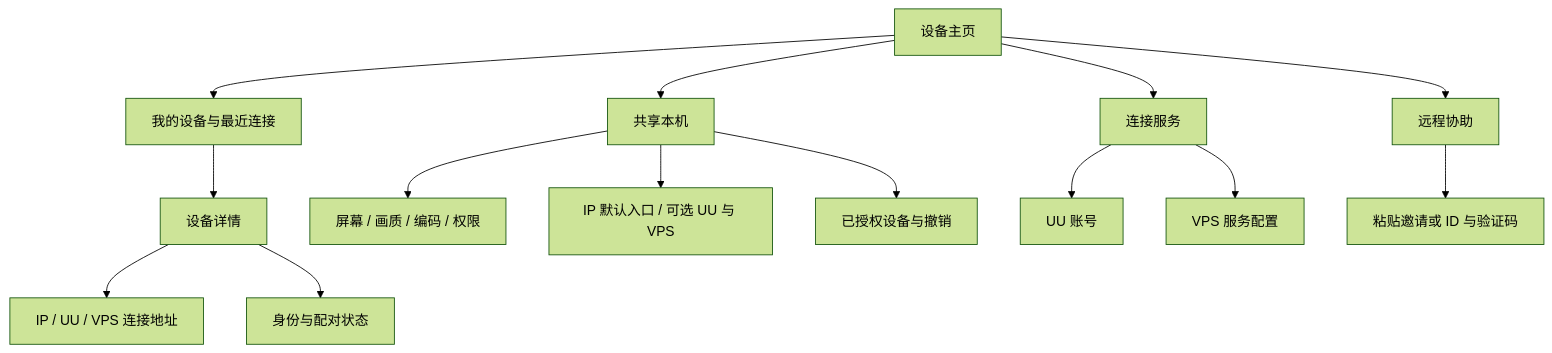
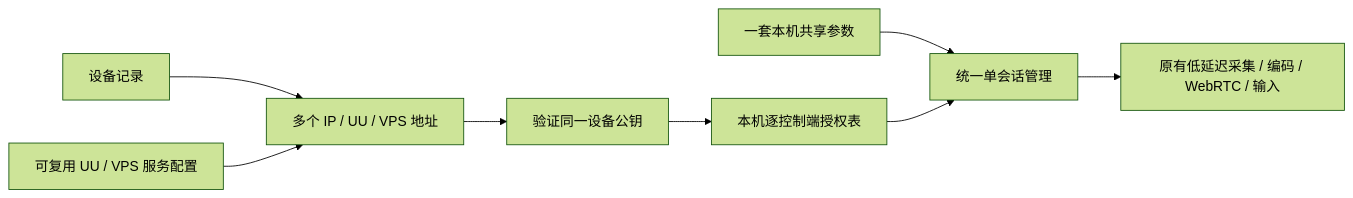
Before and after one commit to TheRainstorm/eclipse: the first of 2 diagrams in docs/device-connection-and-trust.md, drawn with Mermaid (forest theme). The commit also changed other lines of this file and 4 other files, not shown here.

````diff
--- a/docs/device-connection-and-trust.md
+++ b/docs/device-connection-and-trust.md
@@ -81,16 +17,10 @@
 ```mermaid
-flowchart TD
-    Home[设备主页] --> Devices[我的设备与最近连接]
-    Devices --> Peer[设备详情]
-    Peer --> Routes[IP / UU / VPS 连接地址]
-    Peer --> Trust[身份与配对状态]
-    Home --> Share[共享本机]
-    Share --> Settings[屏幕 / 画质 / 编码 / 权限]
-    Share --> Listeners[IP 默认入口 / 可选 UU 与 VPS]
-    Share --> Grants[已授权设备与撤销]
-    Home --> Services[连接服务]
-    Services --> Account[UU 账号]
-    Services --> Vps[VPS 服务配置]
-    Home --> Help[远程协助]
-    Help --> Paste[粘贴邀请或 ID 与验证码]
+flowchart LR
+    Devices[设备记录] --> Routes[多个 IP / UU / VPS 地址]
+    Routes --> Identity[验证同一设备公钥]
+    Identity --> Grants[本机逐控制端授权表]
+    Share[一套本机共享参数] --> Session[统一单会话管理]
+    Grants --> Session
+    Session --> Media[原有低延迟采集 / 编码 / WebRTC / 输入]
+    Services[可复用 UU / VPS 服务配置] --> Routes
 ```
````
